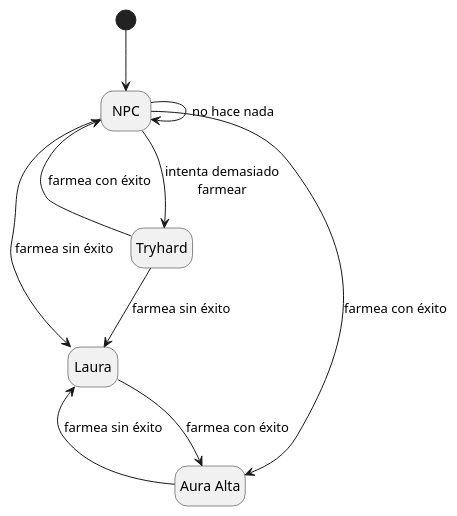
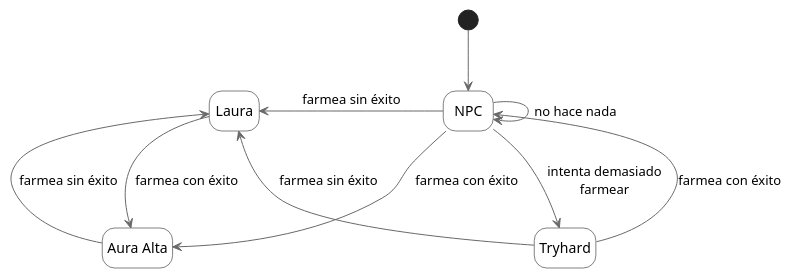
One commit to BernardoZablah/26-27-idsw1 changed the diagram in entregas/zablahBernardo/modelosUML/farmearAura2-DE.puml. Above: the diagram before and after it, drawn with PlantUML. The commit also changed 1 other file, not shown here.

Commit message:
Diagrame de Estados v2 -mejoraUML

```diff
--- a/entregas/zablahBernardo/modelosUML/farmearAura2-DE.puml
+++ b/entregas/zablahBernardo/modelosUML/farmearAura2-DE.puml
@@ -1,26 +1,28 @@
 @startuml
 hide empty description
 
-' Estado inicial (reemplaza a tu muñequito)
-[*] --> NPC
+skinparam state {
+  BackgroundColor White
+  BorderColor Black
+  ArrowColor DimGray
+}
+
+[*] -down-> NPC
 
 state "NPC" as NPC
 state "Laura" as Laura
 state "Aura Alta" as AuraAlta
 state "Tryhard" as Tryhard
 
-' Transiciones desde NPC
 NPC --> NPC : no hace nada
-NPC --> Laura : farmea sin éxito
-NPC --> AuraAlta : farmea con éxito
-NPC --> Tryhard : intenta demasiado\nfarmear
+NPC -left-> Laura : farmea sin éxito
+NPC -right-> Tryhard : intenta demasiado\nfarmear
+NPC -down-> AuraAlta : farmea con éxito
 
-' Transiciones entre Laura y Aura Alta
-Laura --> AuraAlta : farmea con éxito
-AuraAlta --> Laura : farmea sin éxito
+Tryhard -left-> Laura : farmea sin éxito
+Tryhard -up-> NPC : farmea con éxito
 
-' Transiciones desde Tryhard
-Tryhard --> Laura : farmea sin éxito
-Tryhard --> NPC : farmea con éxito
+Laura -down-> AuraAlta : farmea con éxito
+AuraAlta -up-> Laura : farmea sin éxito
 
 @enduml
```
